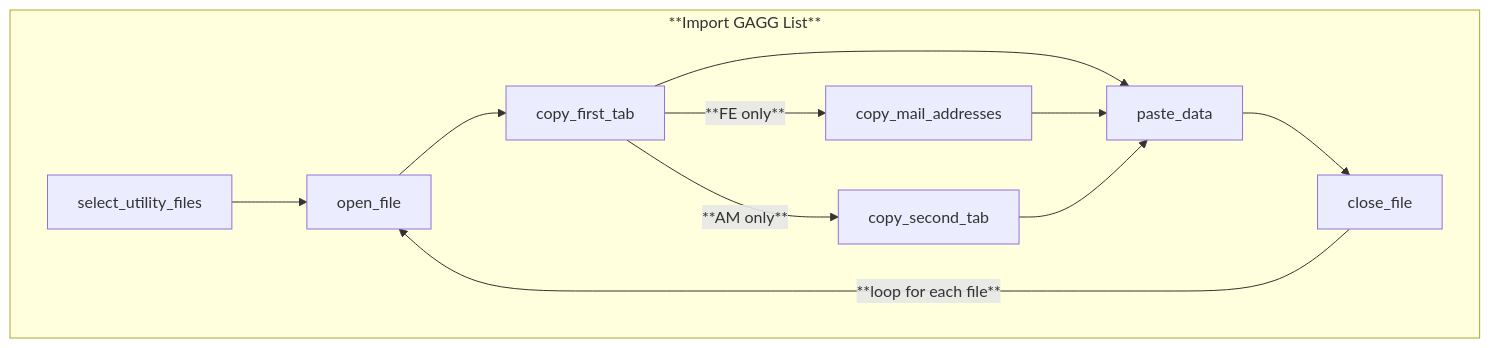
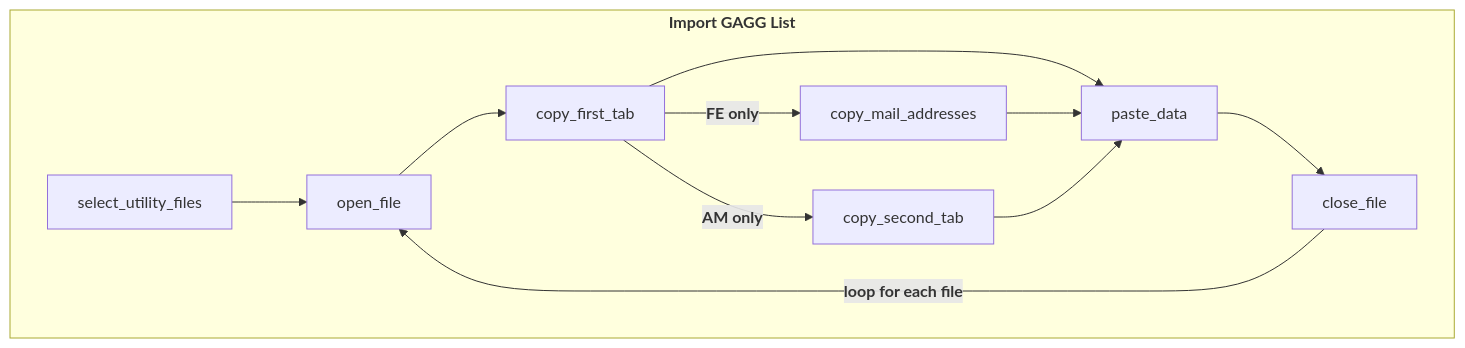
One commit to vistra-muniagg/List-Management-Tool changed the second of 8 diagrams in DIAGRAMS.md. Above: the diagram before and after it, drawn with Mermaid. The commit also changed other lines of this file, not shown here.

Commit message:
Update diagram formatting for better readability

````diff
--- a/DIAGRAMS.md
+++ b/DIAGRAMS.md
@@ -70,29 +70,29 @@
 ```mermaid
 
 %%{init: {
   "theme": "base",
   "themeVariables": {
     "fontSize": "12px",
     "fontFamily": "Segoe UI",
     "primaryColor": "#eef6ff",          %% node fill
     "primaryBorderColor": "#1e40af",    %% node border
     "primaryTextColor": "#0f172a",      %% node text
     "lineColor": "#1e40af"
   }
 }}%%
 
 graph TD
 
-    subgraph Import_GAGG_List["**Import GAGG List**"]
+    subgraph Import_GAGG_List["<b>Import GAGG List</b>"]
     direction LR
         select_utility_files --> open_file
         open_file --> copy_first_tab
         copy_first_tab --> paste_data
-        copy_first_tab -->|"**FE only**"| copy_mail_addresses
-        copy_first_tab -->|"**AM only**"| copy_second_tab
+        copy_first_tab -->|"<b>FE only</b>"| copy_mail_addresses
+        copy_first_tab -->|"<b>AM only</b>"| copy_second_tab
         copy_mail_addresses --> paste_data
         copy_second_tab --> paste_data
-        close_file -->|"**loop for each file**"| open_file
+        close_file -->|"<b>loop for each file</b>"| open_file
         paste_data --> close_file
     end
 ```
````
